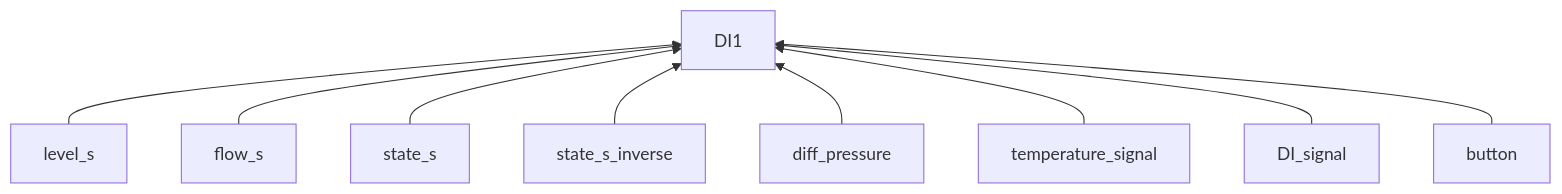
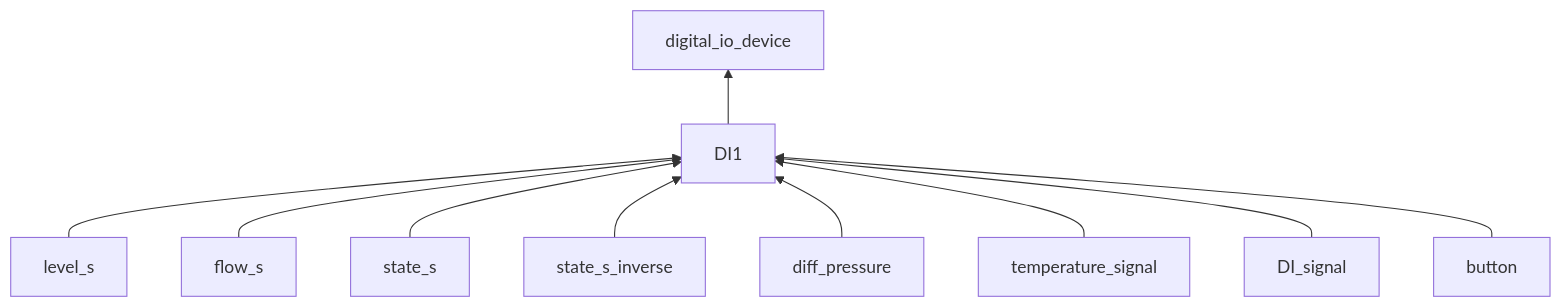
The third of 11 diagrams in docs/class_scheme/readme.md (savushkin-r-d/ptusa_main), drawn with Mermaid before and after one commit. The commit also changed other lines of this file, not shown here.

Commit message:
Simplify diagrams

````diff
--- a/docs/class_scheme/readme.md
+++ b/docs/class_scheme/readme.md
@@ -36,11 +34,12 @@
 ```mermaid
 flowchart BT
-    level_s[level_s] --> DI1[DI1]
+    DI1 --> digital_io_device
+    level_s[level_s] --> DI1
     flow_s[flow_s] --> DI1
     state_s[state_s] --> DI1
     state_s_inverse[state_s_inverse] --> DI1
     diff_pressure[diff_pressure] --> DI1
     temperature_signal[temperature_signal] --> DI1
     DI_signal[DI_signal] --> DI1
     button[button] --> DI1
 ```
````
